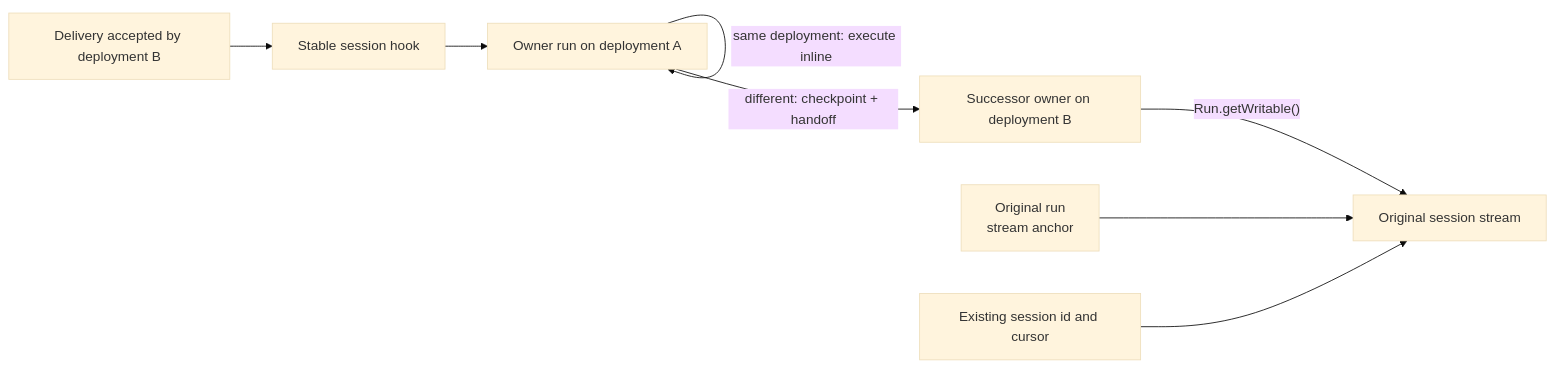
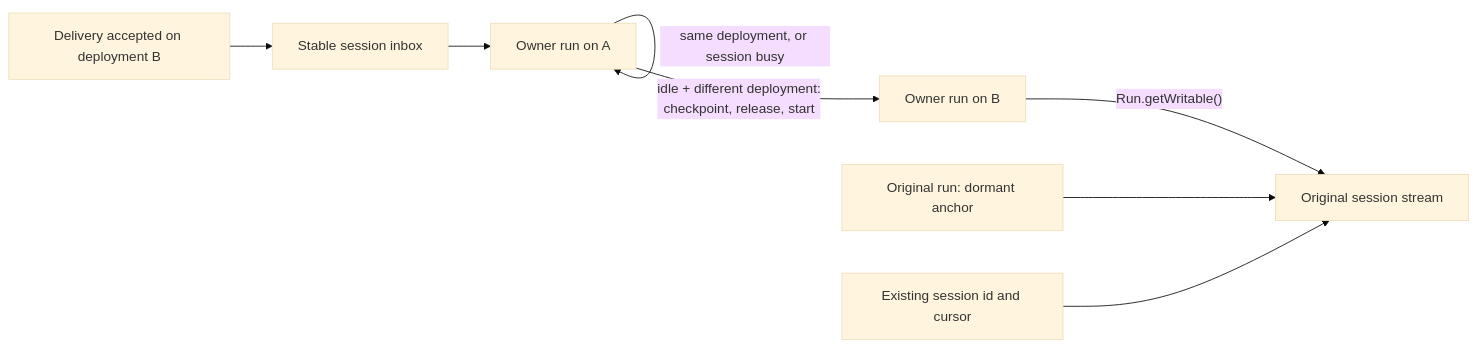
The diagram in research/single-workflow-session-upgrades.md (vercel/eve), drawn with Mermaid (base theme) before and after one commit. The commit also changed other lines of this file, not shown here.

First line of the commit message:
docs(research): restructure single-workflow session upgrades around the target design

````diff
--- a/research/single-workflow-session-upgrades.md
+++ b/research/single-workflow-session-upgrades.md
@@ -72,10 +56,10 @@
 ```mermaid
 flowchart LR
-  Request["Delivery accepted by deployment B"] --> Hook["Stable session hook"]
-  Hook --> Owner["Owner run on deployment A"]
-  Owner -->|"same deployment: execute inline"| Owner
-  Owner -->|"different: checkpoint + handoff"| Successor["Successor owner on deployment B"]
+  Ingress["Delivery accepted on deployment B"] --> Inbox["Stable session inbox"]
+  Inbox --> Owner["Owner run on A"]
+  Owner -->|"same deployment, or session busy"| Owner
+  Owner -->|"idle + different deployment:<br/>checkpoint, release, start"| Successor["Owner run on B"]
   Successor -->|"Run.getWritable()"| Stream["Original session stream"]
-  Anchor["Original run<br/>stream anchor"] --> Stream
+  Anchor["Original run: dormant anchor"] --> Stream
   Client["Existing session id and cursor"] --> Stream
 ```
````
